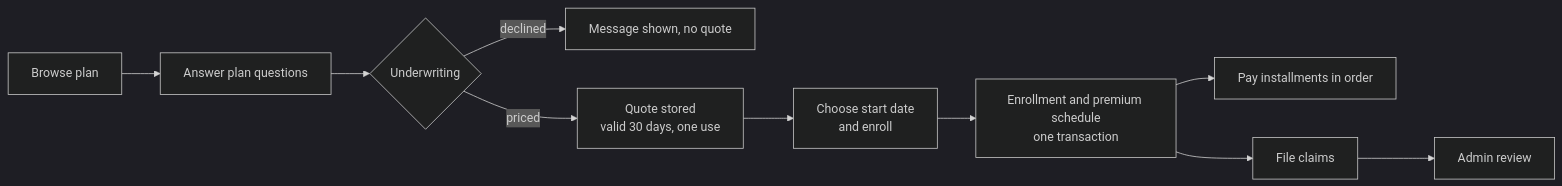
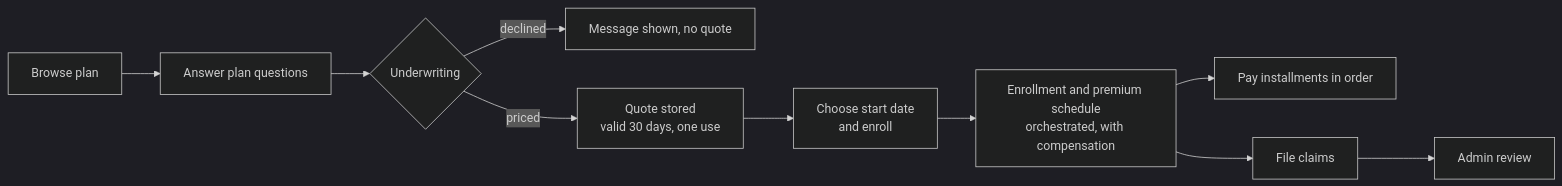
One commit to organizedanvrchy/Insurance-Full-Stack-App changed the seventh of 10 diagrams in docs/ARCHITECTURE.md. Above: the diagram before and after it, drawn with Mermaid (dark theme). The commit also changed other lines of this file and 67 other files, not shown here.

First line of the commit message:
Give each module its own SQL schema and compose across modules in C#

````diff
--- a/docs/ARCHITECTURE.md
+++ b/docs/ARCHITECTURE.md
@@ -243,12 +286,12 @@
 ```mermaid
 flowchart LR
     A["Browse plan"] --> B["Answer plan questions"]
     B --> C{"Underwriting"}
     C -- "declined" --> X["Message shown, no quote"]
     C -- "priced" --> D["Quote stored<br/>valid 30 days, one use"]
     D --> E["Choose start date<br/>and enroll"]
-    E --> F["Enrollment and premium schedule<br/>one transaction"]
+    E --> F["Enrollment and premium schedule<br/>orchestrated, with compensation"]
     F --> G["Pay installments in order"]
     F --> H["File claims"]
     H --> I["Admin review"]
 ```
````
